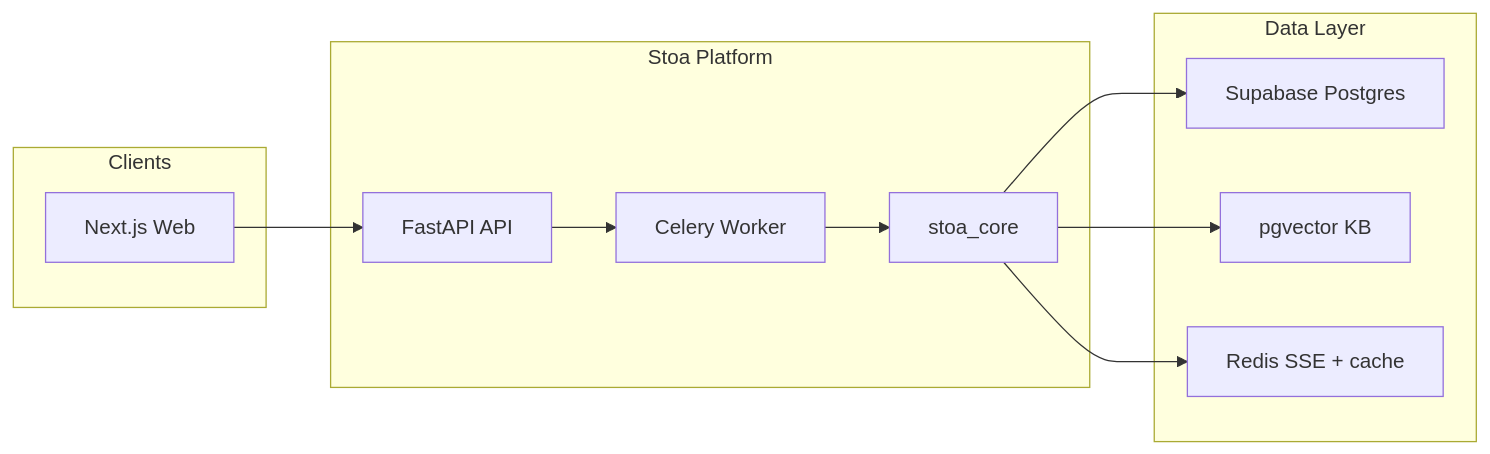
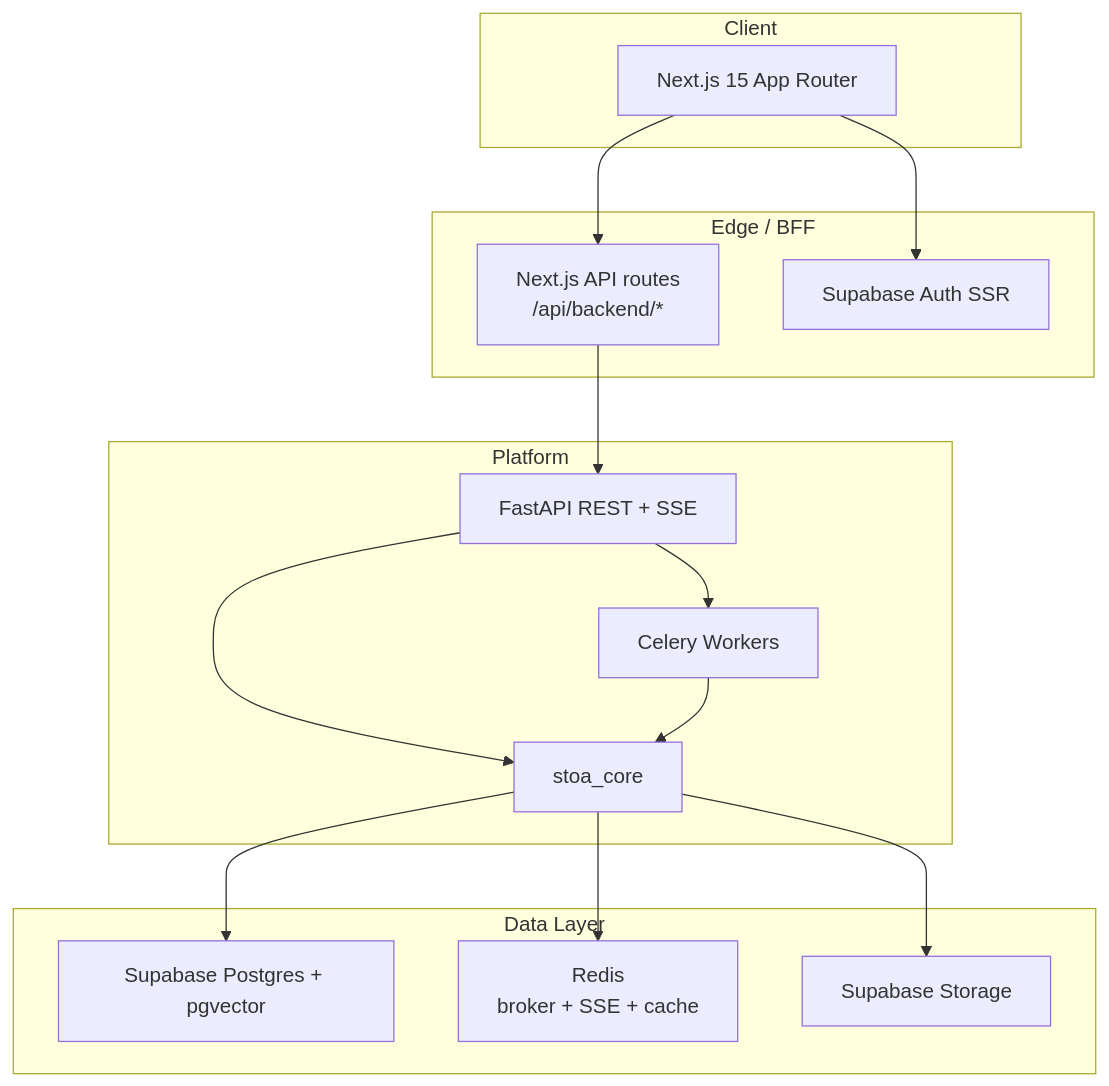
One commit to Aniket25042003/Stoa changed the diagram in README.md. Above: the diagram before and after it, drawn with Mermaid. The commit also changed other lines of this file, not shown here.

First line of the commit message:
docs: rewrite README around product pillars and architecture

````diff
--- a/README.md
+++ b/README.md
@@ -192,25 +141,32 @@
 ```mermaid
-flowchart LR
-  subgraph clients [Clients]
-    Web["Next.js Web"]
+flowchart TB
+  subgraph client [Client]
+    Web["Next.js 15 App Router"]
   end
 
-  subgraph platform [Stoa Platform]
-    API["FastAPI API"]
-    Worker["Celery Worker"]
+  subgraph edge [Edge / BFF]
+    BFF["Next.js API routes\n/api/backend/*"]
+    Auth["Supabase Auth SSR"]
+  end
+
+  subgraph platform [Platform]
+    API["FastAPI REST + SSE"]
+    Worker["Celery Workers"]
     Core["stoa_core"]
   end
 
   subgraph data [Data Layer]
-    PG["Supabase Postgres"]
-    Vec["pgvector KB"]
-    Redis["Redis SSE + cache"]
+    PG["Supabase Postgres + pgvector"]
+    Redis["Redis\nbroker + SSE + cache"]
+    Storage["Supabase Storage"]
   end
 
-  Web --> API
+  Web --> Auth
+  Web --> BFF --> API
   API --> Worker
+  API --> Core
   Worker --> Core
   Core --> PG
-  Core --> Vec
   Core --> Redis
+  Core --> Storage
 ```
````
